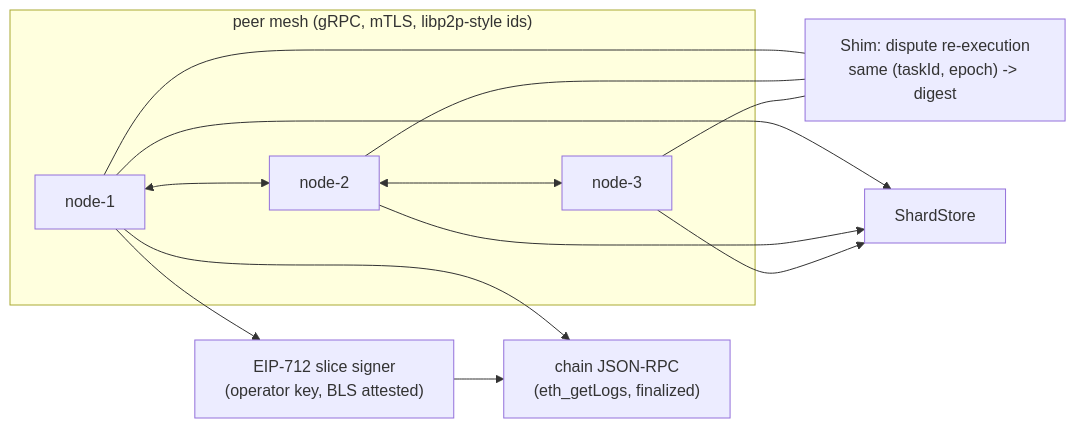
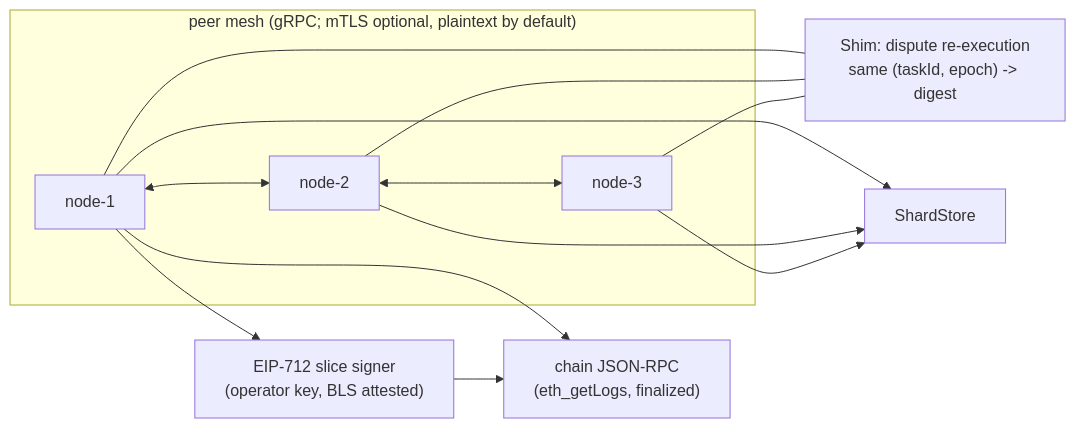
One commit to ssrjkk/shroud changed the third of 3 diagrams in docs/01-architecture.md. Above: the diagram before and after it, drawn with Mermaid. The commit also changed other lines of this file and 18 other files, not shown here.

````diff
--- a/docs/01-architecture.md
+++ b/docs/01-architecture.md
@@ -424,15 +426,15 @@
 ```mermaid
 flowchart LR
-    subgraph peer["peer mesh (gRPC, mTLS, libp2p-style ids)"]
+    subgraph peer["peer mesh (gRPC; mTLS optional, plaintext by default)"]
         A["node-1"] <--> B["node-2"] <--> C["node-3"]
     end
     A --- D["Shim: dispute re-execution<br/>same (taskId, epoch) -> digest"]
     B --- D
     C --- D
     A --> RPC["chain JSON-RPC<br/>(eth_getLogs, finalized)"]
     A --> DA["ShardStore"]
     B --> DA
     C --> DA
     A --> SIGN["EIP-712 slice signer<br/>(operator key, BLS attested)"]
     SIGN --> RPC
 ```
````
